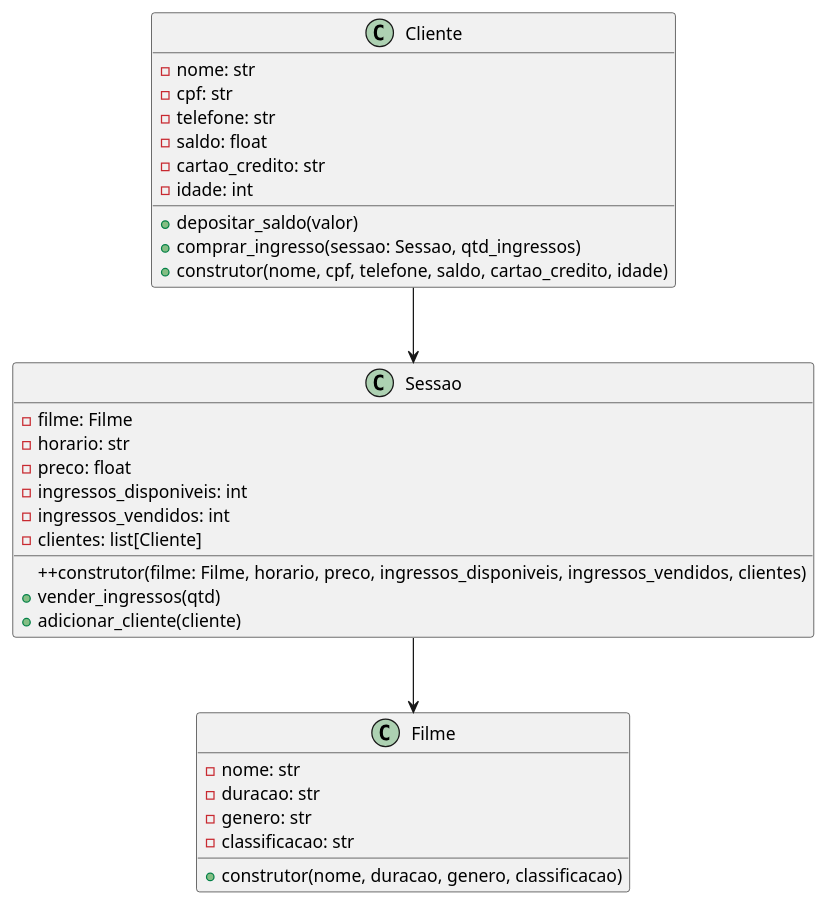
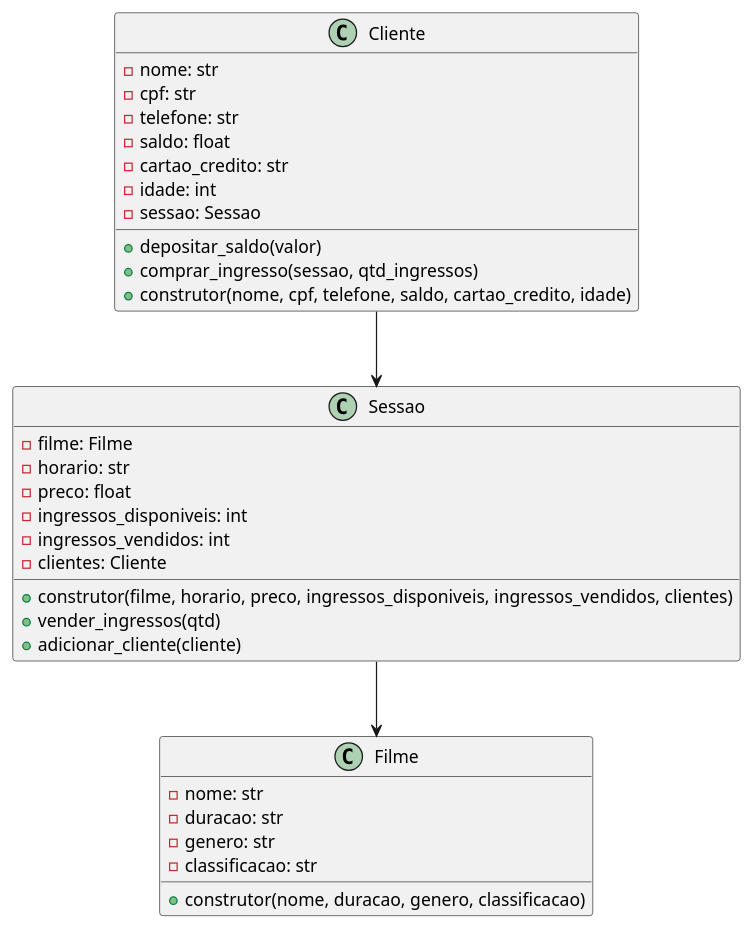
One commit to anleaes/2023-1-N1-POO-06 changed the diagram in Diagramas/cinema_dos_guri.plantUML. Above: the diagram before and after it, drawn with PlantUML.

```diff
--- a/Diagramas/cinema_dos_guri.plantUML
+++ b/Diagramas/cinema_dos_guri.plantUML
@@ -1,38 +1,39 @@
 @startuml N123
 
 class Cliente {
     -nome: str
     -cpf: str
     -telefone: str
     -saldo: float
     -cartao_credito: str
     -idade: int
+    -sessao: Sessao
     +depositar_saldo(valor)
-    +comprar_ingresso(sessao: Sessao, qtd_ingressos)
+    +comprar_ingresso(sessao, qtd_ingressos)
     +construtor(nome, cpf, telefone, saldo, cartao_credito, idade)
 }
 
 class Filme {
     -nome: str
     -duracao: str
     -genero: str
     -classificacao: str
     +construtor(nome, duracao, genero, classificacao)
 }
 
 class Sessao {
     -filme: Filme
     -horario: str
     -preco: float
     -ingressos_disponiveis: int
     -ingressos_vendidos: int
-    -clientes: list[Cliente]
-    ++construtor(filme: Filme, horario, preco, ingressos_disponiveis, ingressos_vendidos, clientes)
+    -clientes: Cliente
+    +construtor(filme, horario, preco, ingressos_disponiveis, ingressos_vendidos, clientes)
     +vender_ingressos(qtd)
     +adicionar_cliente(cliente)
 }
 
 Cliente --> Sessao
 Sessao --> Filme
 
 @enduml
```
